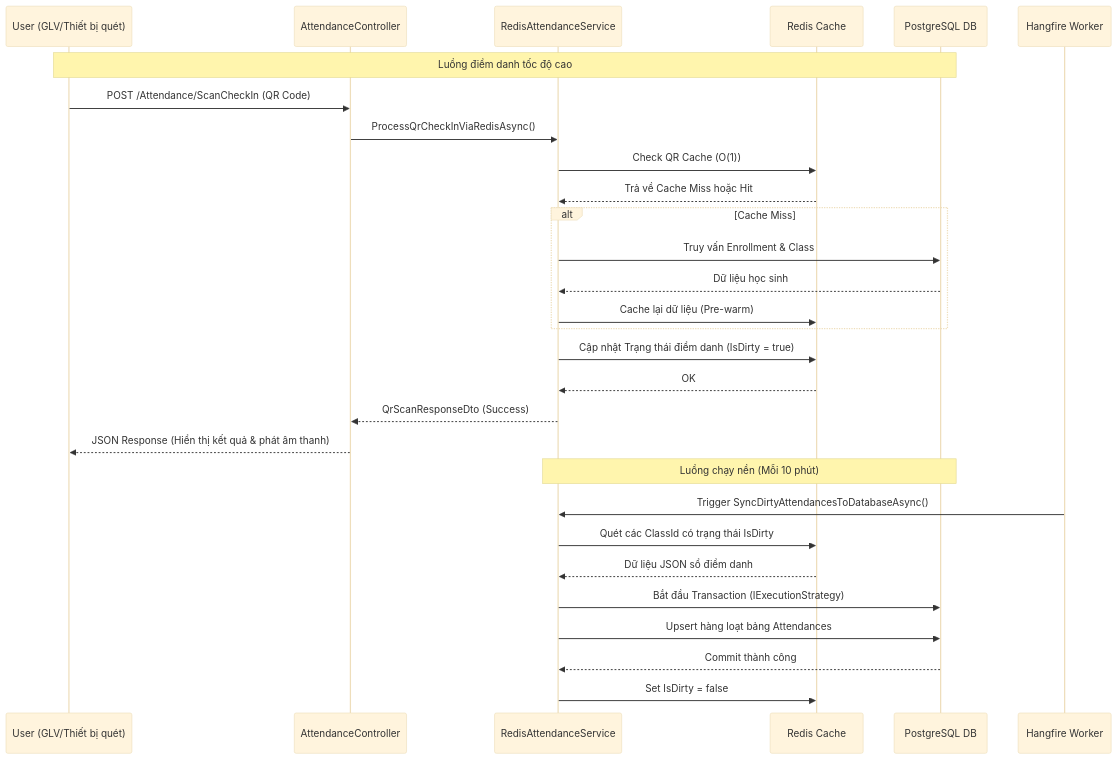
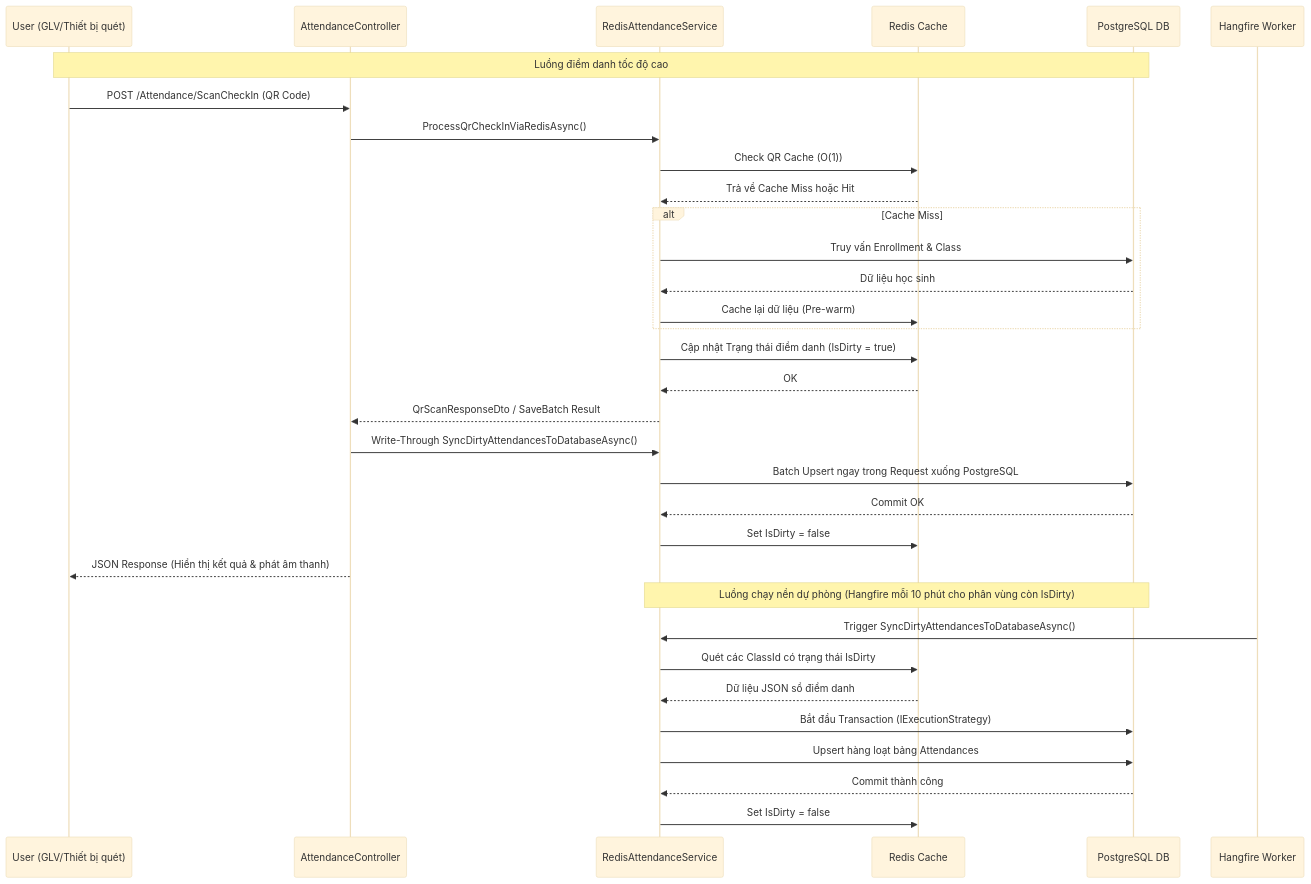
The diagram in AI-Knowledge/00-OVERVIEW/Request Flow Diagram.md (Kiin11/ManagerStudentCaltholic), drawn with Mermaid (base theme) before and after one commit. The commit also changed 27 other files, not shown here.

````diff
--- a/AI-Knowledge/00-OVERVIEW/Request Flow Diagram.md
+++ b/AI-Knowledge/00-OVERVIEW/Request Flow Diagram.md
@@ -1,34 +1,38 @@
 ```mermaid
 sequenceDiagram
     participant User as User (GLV/Thiết bị quét)
     participant Ctrl as AttendanceController
     participant R_Svc as RedisAttendanceService
     participant Redis as Redis Cache
     participant DB as PostgreSQL DB
     participant Hangfire as Hangfire Worker
 
     Note over User, DB: Luồng điểm danh tốc độ cao
     User->>Ctrl: POST /Attendance/ScanCheckIn (QR Code)
     Ctrl->>R_Svc: ProcessQrCheckInViaRedisAsync()
     R_Svc->>Redis: Check QR Cache (O(1))
     Redis-->>R_Svc: Trả về Cache Miss hoặc Hit
     alt Cache Miss
         R_Svc->>DB: Truy vấn Enrollment & Class
         DB-->>R_Svc: Dữ liệu học sinh
         R_Svc->>Redis: Cache lại dữ liệu (Pre-warm)
     end
     R_Svc->>Redis: Cập nhật Trạng thái điểm danh (IsDirty = true)
     Redis-->>R_Svc: OK
-    R_Svc-->>Ctrl: QrScanResponseDto (Success)
+    R_Svc-->>Ctrl: QrScanResponseDto / SaveBatch Result
+    Ctrl->>R_Svc: Write-Through SyncDirtyAttendancesToDatabaseAsync()
+    R_Svc->>DB: Batch Upsert ngay trong Request xuống PostgreSQL
+    DB-->>R_Svc: Commit OK
+    R_Svc->>Redis: Set IsDirty = false
     Ctrl-->>User: JSON Response (Hiển thị kết quả & phát âm thanh)
 
-    Note over R_Svc, DB: Luồng chạy nền (Mỗi 10 phút)
+    Note over R_Svc, DB: Luồng chạy nền dự phòng (Hangfire mỗi 10 phút cho phân vùng còn IsDirty)
     Hangfire->>R_Svc: Trigger SyncDirtyAttendancesToDatabaseAsync()
     R_Svc->>Redis: Quét các ClassId có trạng thái IsDirty
     Redis-->>R_Svc: Dữ liệu JSON sổ điểm danh
     R_Svc->>DB: Bắt đầu Transaction (IExecutionStrategy)
     R_Svc->>DB: Upsert hàng loạt bảng Attendances
     DB-->>R_Svc: Commit thành công
     R_Svc->>Redis: Set IsDirty = false
 	
 ```
````
